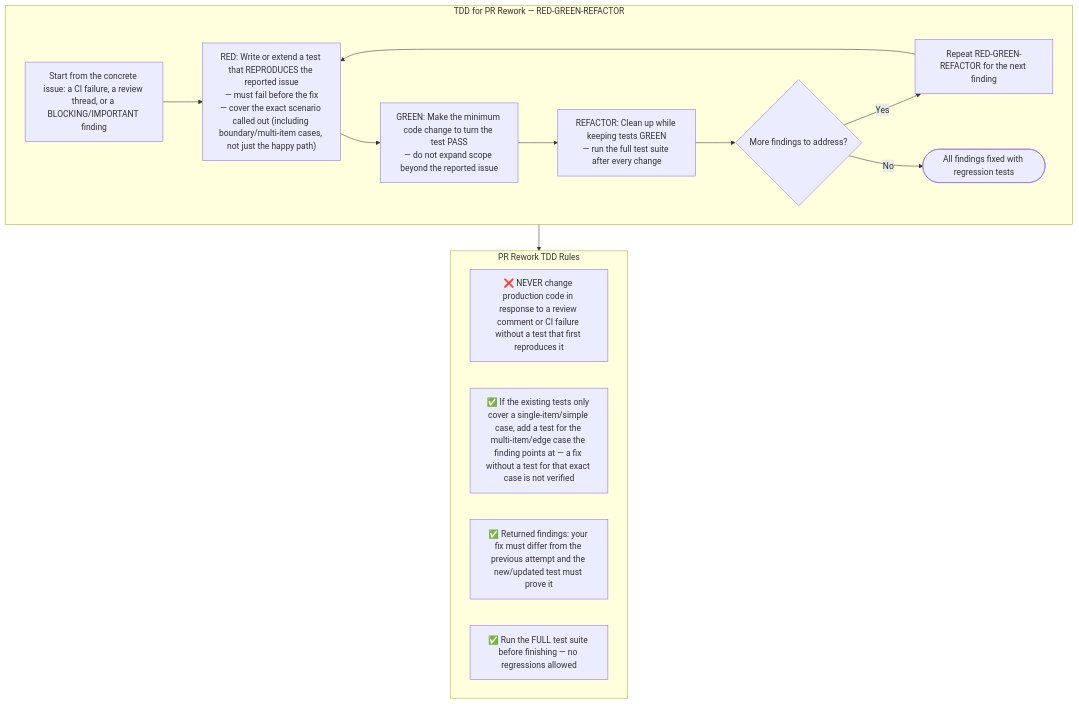
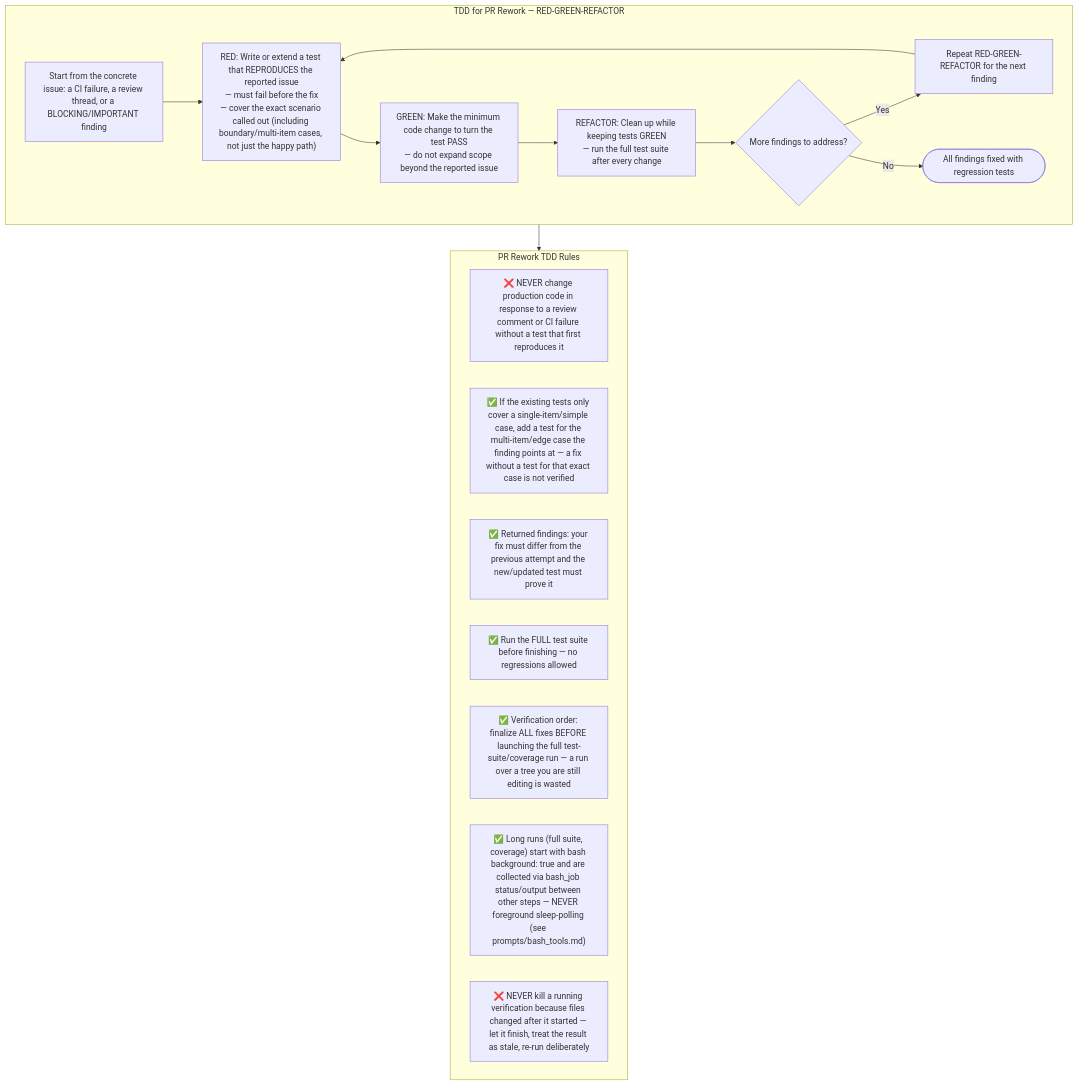
The fourth of 7 diagrams in snapshots/pr_rework.md (IstiN/dmtools-agents), drawn with Mermaid before and after one commit. The commit also changed other lines of this file and 30 other files, not shown here.

````diff
--- a/snapshots/pr_rework.md
+++ b/snapshots/pr_rework.md
@@ -103,23 +104,26 @@
 ```mermaid
 flowchart TD
     subgraph TDD["TDD for PR Rework — RED-GREEN-REFACTOR"]
         T0["Start from the concrete issue: a CI failure, a review thread, or a BLOCKING/IMPORTANT finding"]
         T1["RED: Write or extend a test that REPRODUCES the reported issue<br/>— must fail before the fix<br/>— cover the exact scenario called out (including boundary/multi-item cases, not just the happy path)"]
         T2["GREEN: Make the minimum code change to turn the test PASS<br/>— do not expand scope beyond the reported issue"]
         T3["REFACTOR: Clean up while keeping tests GREEN<br/>— run the full test suite after every change"]
         T4{"More findings to address?"}
         T5["Repeat RED-GREEN-REFACTOR for the next finding"]
         T0 --> T1 --> T2 --> T3 --> T4
         T4 -->|Yes| T5 --> T1
         T4 -->|No| DONE([All findings fixed with regression tests])
     end
 
     subgraph RULES["PR Rework TDD Rules"]
         R1["❌ NEVER change production code in response to a review comment or CI failure without a test that first reproduces it"]
         R2["✅ If the existing tests only cover a single-item/simple case, add a test for the multi-item/edge case the finding points at — a fix without a test for that exact case is not verified"]
         R3["✅ Returned findings: your fix must differ from the previous attempt and the new/updated test must prove it"]
         R4["✅ Run the FULL test suite before finishing — no regressions allowed"]
+        R5["✅ Verification order: finalize ALL fixes BEFORE launching the full test-suite/coverage run — a run over a tree you are still editing is wasted"]
+        R6["✅ Long runs (full suite, coverage) start with bash background: true and are collected via bash_job status/output between other steps — NEVER foreground sleep-polling (see prompts/bash_tools.md)"]
+        R7["❌ NEVER kill a running verification because files changed after it started — let it finish, treat the result as stale, re-run deliberately"]
     end
 
     TDD --> RULES
 ```
````
